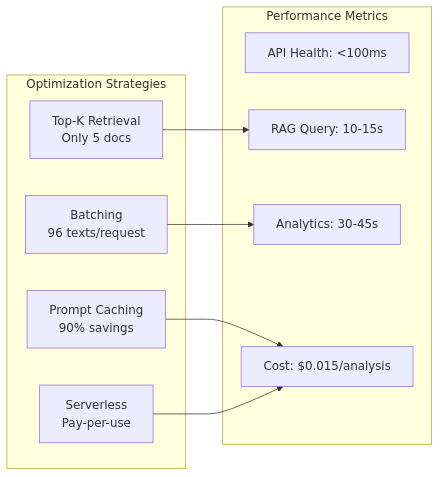
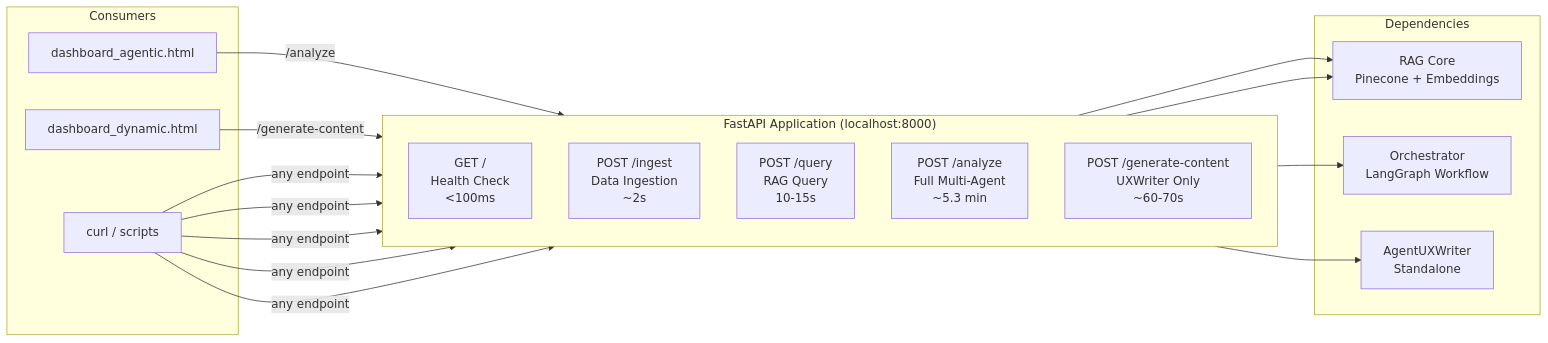
Before and after one commit to AlvGolf/AlvGolf-Identity-EngineV3: the seventh of 8 diagrams in ARCHITECTURE.md, drawn with Mermaid. The commit also changed other lines of this file, not shown here.

Commit message:
docs: Add comprehensive architecture diagrams v3.0.1

````diff
--- a/ARCHITECTURE.md
+++ b/ARCHITECTURE.md
@@ -319,21 +329,33 @@
 ```mermaid
 graph LR
-    subgraph "Optimization Strategies"
-        A[Prompt Caching<br/>90% savings]
-        B[Batching<br/>96 texts/request]
-        C[Serverless<br/>Pay-per-use]
-        D[Top-K Retrieval<br/>Only 5 docs]
+    subgraph "FastAPI Application (localhost:8000)"
+        direction TB
+
+        H["GET /<br/>Health Check<br/><100ms"]
+        I["POST /ingest<br/>Data Ingestion<br/>~2s"]
+        Q["POST /query<br/>RAG Query<br/>10-15s"]
+        A["POST /analyze<br/>Full Multi-Agent<br/>~5.3 min"]
+        C["POST /generate-content<br/>UXWriter Only<br/>~60-70s"]
     end
 
-    subgraph "Performance Metrics"
-        E[API Health: <100ms]
-        F[RAG Query: 10-15s]
-        G[Analytics: 30-45s]
-        H[Cost: $0.015/analysis]
+    subgraph "Dependencies"
+        RAG[RAG Core<br/>Pinecone + Embeddings]
+        ORCH[Orchestrator<br/>LangGraph Workflow]
+        UXW[AgentUXWriter<br/>Standalone]
     end
 
-    A --> H
-    B --> G
-    C --> H
-    D --> F
+    subgraph "Consumers"
+        DA[dashboard_agentic.html]
+        DD[dashboard_dynamic.html]
+        CLI[curl / scripts]
+    end
+
+    I --> RAG
+    Q --> RAG
+    A --> ORCH
+    C --> UXW
+
+    DA -->|"/analyze"| A
+    DD -->|"/generate-content"| C
+    CLI -->|"any endpoint"| H & I & Q & A & C
 ```
````
